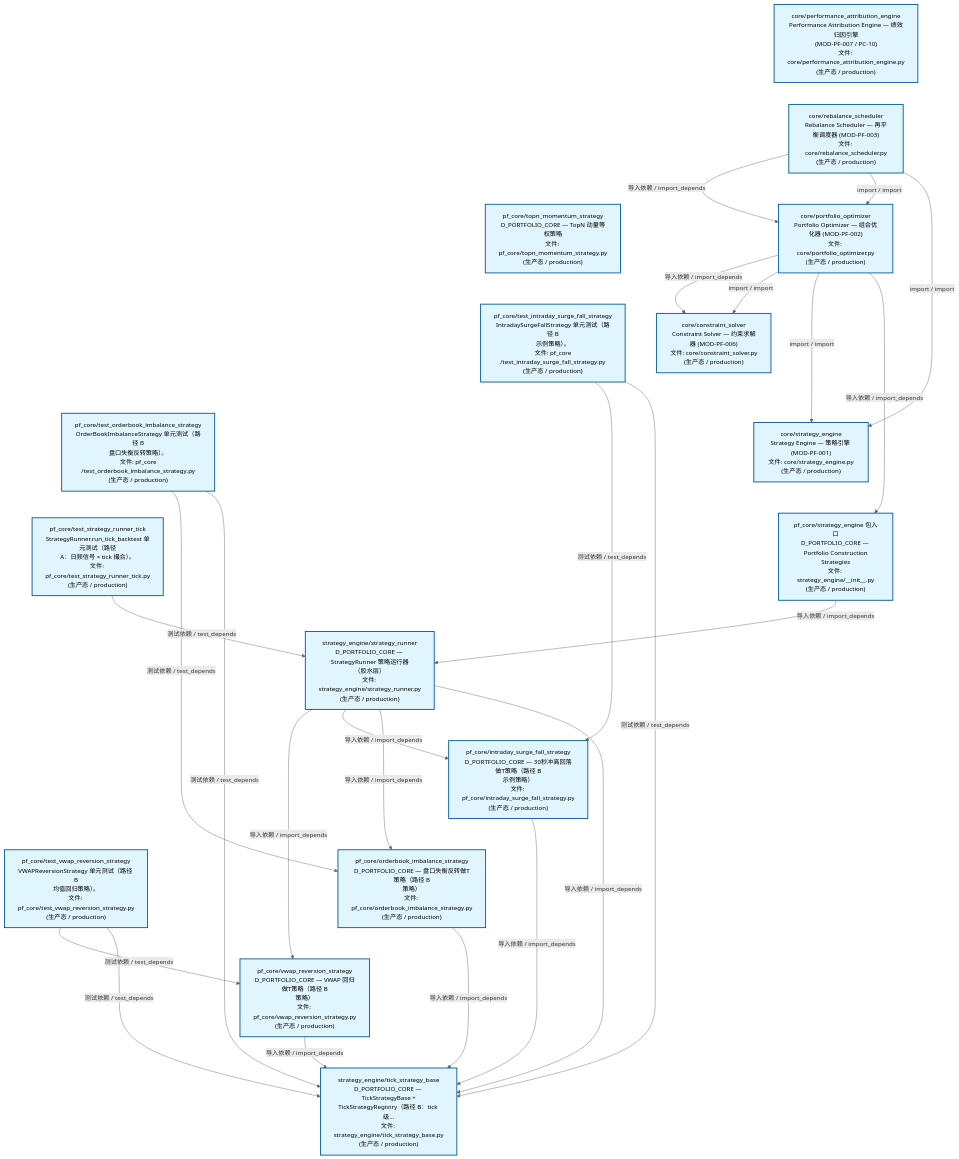
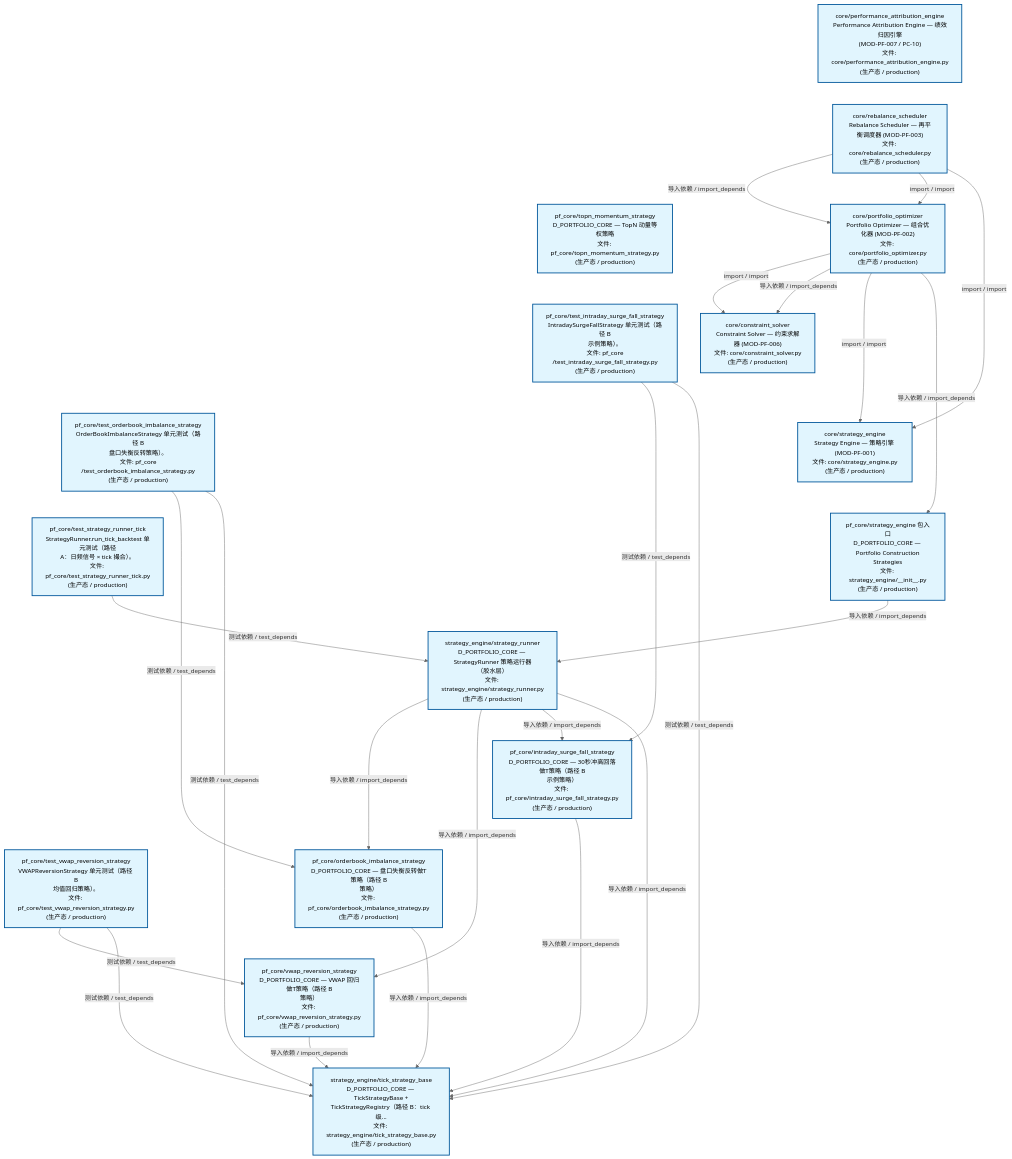
Before and after one commit to xuanFelixVan/ZephyrAlpha: the second of 3 diagrams in docs/02_enterprise_architecture/02_domain_architecture_docs/63_d_pf_core.md, drawn with Mermaid. The commit also changed other lines of this file and 41 other files, not shown here.

````diff
--- a/docs/02_enterprise_architecture/02_domain_architecture_docs/63_d_pf_core.md
+++ b/docs/02_enterprise_architecture/02_domain_architecture_docs/63_d_pf_core.md
@@ -138,57 +138,57 @@
 ```mermaid
 %%{init: {'theme': 'base', 'themeVariables': {'primaryColor': '#eaeaea', 'primaryTextColor': '#333333', 'primaryBorderColor': '#666666', 'lineColor': '#666666', 'secondaryColor': '#eaeaea', 'tertiaryColor': '#eaeaea', 'fontSize': '14px'}}}%%
 flowchart TD
     src_zephyr_pf_core_core_performance_attribution_engine_py["core/performance_attribution_engine<br/>Performance Attribution Engine — 绩效归因引擎<br/>(MOD-PF-007 / PC-10)<br/>文件: core/performance_attribution_engine.py<br/>(生产态 / production)"]
     src_zephyr_pf_core_core_rebalance_scheduler_py["core/rebalance_scheduler<br/>Rebalance Scheduler — 再平衡调度器 (MOD-PF-003)<br/>文件: core/rebalance_scheduler.py<br/>(生产态 / production)"]
     src_zephyr_pf_core_topn_momentum_strategy_py["pf_core/topn_momentum_strategy<br/>D_PORTFOLIO_CORE — TopN 动量等权策略<br/>文件: pf_core/topn_momentum_strategy.py<br/>(生产态 / production)"]
     tests_pf_core_test_intraday_surge_fall_strategy_py["pf_core/test_intraday_surge_fall_strategy<br/>IntradaySurgeFallStrategy 单元测试（路径 B<br/>示例策略）。<br/>文件: pf_core<br/>/test_intraday_surge_fall_strategy.py<br/>(生产态 / production)"]
     tests_pf_core_test_orderbook_imbalance_strategy_py["pf_core/test_orderbook_imbalance_strategy<br/>OrderBookImbalanceStrategy 单元测试（路径 B<br/>盘口失衡反转策略）。<br/>文件: pf_core<br/>/test_orderbook_imbalance_strategy.py<br/>(生产态 / production)"]
     tests_pf_core_test_strategy_runner_tick_py["pf_core/test_strategy_runner_tick<br/>StrategyRunner.run_tick_backtest 单元测试（路径<br/>A：日频信号 × tick 撮合）。<br/>文件: pf_core/test_strategy_runner_tick.py<br/>(生产态 / production)"]
     tests_pf_core_test_vwap_reversion_strategy_py["pf_core/test_vwap_reversion_strategy<br/>VWAPReversionStrategy 单元测试（路径 B<br/>均值回归策略）。<br/>文件: pf_core/test_vwap_reversion_strategy.py<br/>(生产态 / production)"]
     src_zephyr_pf_core_core_performance_attribution_engine_py ~~~ src_zephyr_pf_core_core_rebalance_scheduler_py
     src_zephyr_pf_core_core_rebalance_scheduler_py ~~~ src_zephyr_pf_core_topn_momentum_strategy_py
     src_zephyr_pf_core_topn_momentum_strategy_py ~~~ tests_pf_core_test_intraday_surge_fall_strategy_py
     tests_pf_core_test_intraday_surge_fall_strategy_py ~~~ tests_pf_core_test_orderbook_imbalance_strategy_py
     tests_pf_core_test_orderbook_imbalance_strategy_py ~~~ tests_pf_core_test_strategy_runner_tick_py
     tests_pf_core_test_strategy_runner_tick_py ~~~ tests_pf_core_test_vwap_reversion_strategy_py
     src_zephyr_pf_core_core_portfolio_optimizer_py["core/portfolio_optimizer<br/>Portfolio Optimizer — 组合优化器 (MOD-PF-002)<br/>文件: core/portfolio_optimizer.py<br/>(生产态 / production)"]
     src_zephyr_pf_core_core_constraint_solver_py["core/constraint_solver<br/>Constraint Solver — 约束求解器 (MOD-PF-006)<br/>文件: core/constraint_solver.py<br/>(生产态 / production)"]
     src_zephyr_pf_core_core_strategy_engine_py["core/strategy_engine<br/>Strategy Engine — 策略引擎 (MOD-PF-001)<br/>文件: core/strategy_engine.py<br/>(生产态 / production)"]
     src_zephyr_pf_core_strategy_engine_init_py["pf_core/strategy_engine 包入口<br/>D_PORTFOLIO_CORE — Portfolio Construction<br/>Strategies<br/>文件: strategy_engine/__init__.py<br/>(生产态 / production)"]
     src_zephyr_pf_core_core_constraint_solver_py ~~~ src_zephyr_pf_core_core_strategy_engine_py
     src_zephyr_pf_core_core_strategy_engine_py ~~~ src_zephyr_pf_core_strategy_engine_init_py
     src_zephyr_pf_core_strategy_engine_strategy_runner_py["strategy_engine/strategy_runner<br/>D_PORTFOLIO_CORE — StrategyRunner 策略运行器<br/>（胶水层）<br/>文件: strategy_engine/strategy_runner.py<br/>(生产态 / production)"]
     src_zephyr_pf_core_intraday_surge_fall_strategy_py["pf_core/intraday_surge_fall_strategy<br/>D_PORTFOLIO_CORE — 30秒冲高回落做T策略（路径 B<br/>示例策略）<br/>文件: pf_core/intraday_surge_fall_strategy.py<br/>(生产态 / production)"]
     src_zephyr_pf_core_orderbook_imbalance_strategy_py["pf_core/orderbook_imbalance_strategy<br/>D_PORTFOLIO_CORE — 盘口失衡反转做T策略（路径 B<br/>策略）<br/>文件: pf_core/orderbook_imbalance_strategy.py<br/>(生产态 / production)"]
     src_zephyr_pf_core_vwap_reversion_strategy_py["pf_core/vwap_reversion_strategy<br/>D_PORTFOLIO_CORE — VWAP 回归做T策略（路径 B<br/>策略）<br/>文件: pf_core/vwap_reversion_strategy.py<br/>(生产态 / production)"]
     src_zephyr_pf_core_intraday_surge_fall_strategy_py ~~~ src_zephyr_pf_core_orderbook_imbalance_strategy_py
     src_zephyr_pf_core_orderbook_imbalance_strategy_py ~~~ src_zephyr_pf_core_vwap_reversion_strategy_py
     src_zephyr_pf_core_strategy_engine_tick_strategy_base_py["strategy_engine/tick_strategy_base<br/>D_PORTFOLIO_CORE — TickStrategyBase +<br/>TickStrategyRegistry（路径 B：tick 级...<br/>文件: strategy_engine/tick_strategy_base.py<br/>(生产态 / production)"]
+    src_zephyr_pf_core_orderbook_imbalance_strategy_py -->|导入依赖 / import_depends| src_zephyr_pf_core_strategy_engine_tick_strategy_base_py
     src_zephyr_pf_core_vwap_reversion_strategy_py -->|导入依赖 / import_depends| src_zephyr_pf_core_strategy_engine_tick_strategy_base_py
     src_zephyr_pf_core_intraday_surge_fall_strategy_py -->|导入依赖 / import_depends| src_zephyr_pf_core_strategy_engine_tick_strategy_base_py
-    src_zephyr_pf_core_orderbook_imbalance_strategy_py -->|导入依赖 / import_depends| src_zephyr_pf_core_strategy_engine_tick_strategy_base_py
     src_zephyr_pf_core_core_rebalance_scheduler_py -->|导入依赖 / import_depends| src_zephyr_pf_core_core_portfolio_optimizer_py
     src_zephyr_pf_core_core_rebalance_scheduler_py -->|import / import| src_zephyr_pf_core_core_portfolio_optimizer_py
     src_zephyr_pf_core_core_rebalance_scheduler_py -->|import / import| src_zephyr_pf_core_core_strategy_engine_py
+    src_zephyr_pf_core_core_portfolio_optimizer_py -->|import / import| src_zephyr_pf_core_core_constraint_solver_py
     src_zephyr_pf_core_core_portfolio_optimizer_py -->|导入依赖 / import_depends| src_zephyr_pf_core_core_constraint_solver_py
-    src_zephyr_pf_core_core_portfolio_optimizer_py -->|import / import| src_zephyr_pf_core_core_constraint_solver_py
     src_zephyr_pf_core_core_portfolio_optimizer_py -->|import / import| src_zephyr_pf_core_core_strategy_engine_py
     src_zephyr_pf_core_core_portfolio_optimizer_py -->|导入依赖 / import_depends| src_zephyr_pf_core_strategy_engine_init_py
     src_zephyr_pf_core_strategy_engine_init_py -->|导入依赖 / import_depends| src_zephyr_pf_core_strategy_engine_strategy_runner_py
+    src_zephyr_pf_core_strategy_engine_strategy_runner_py -->|导入依赖 / import_depends| src_zephyr_pf_core_orderbook_imbalance_strategy_py
     src_zephyr_pf_core_strategy_engine_strategy_runner_py -->|导入依赖 / import_depends| src_zephyr_pf_core_vwap_reversion_strategy_py
     src_zephyr_pf_core_strategy_engine_strategy_runner_py -->|导入依赖 / import_depends| src_zephyr_pf_core_intraday_surge_fall_strategy_py
-    src_zephyr_pf_core_strategy_engine_strategy_runner_py -->|导入依赖 / import_depends| src_zephyr_pf_core_orderbook_imbalance_strategy_py
     src_zephyr_pf_core_strategy_engine_strategy_runner_py -->|导入依赖 / import_depends| src_zephyr_pf_core_strategy_engine_tick_strategy_base_py
+    tests_pf_core_test_intraday_surge_fall_strategy_py -->|测试依赖 / test_depends| src_zephyr_pf_core_intraday_surge_fall_strategy_py
+    tests_pf_core_test_intraday_surge_fall_strategy_py -->|测试依赖 / test_depends| src_zephyr_pf_core_strategy_engine_tick_strategy_base_py
     tests_pf_core_test_orderbook_imbalance_strategy_py -->|测试依赖 / test_depends| src_zephyr_pf_core_orderbook_imbalance_strategy_py
     tests_pf_core_test_orderbook_imbalance_strategy_py -->|测试依赖 / test_depends| src_zephyr_pf_core_strategy_engine_tick_strategy_base_py
-    tests_pf_core_test_intraday_surge_fall_strategy_py -->|测试依赖 / test_depends| src_zephyr_pf_core_intraday_surge_fall_strategy_py
-    tests_pf_core_test_intraday_surge_fall_strategy_py -->|测试依赖 / test_depends| src_zephyr_pf_core_strategy_engine_tick_strategy_base_py
     tests_pf_core_test_strategy_runner_tick_py -->|测试依赖 / test_depends| src_zephyr_pf_core_strategy_engine_strategy_runner_py
     tests_pf_core_test_vwap_reversion_strategy_py -->|测试依赖 / test_depends| src_zephyr_pf_core_vwap_reversion_strategy_py
     tests_pf_core_test_vwap_reversion_strategy_py -->|测试依赖 / test_depends| src_zephyr_pf_core_strategy_engine_tick_strategy_base_py
     classDef production fill:#e1f5fe,stroke:#01579b,stroke-width:2px,color:#000
     classDef design fill:#fff3e0,stroke:#e65100,stroke-width:2px,color:#000,stroke-dasharray: 5 5
     classDef external_prod fill:#e8f4fd,stroke:#0277bd,stroke-width:1px,color:#000
     classDef external_design fill:#fff8e7,stroke:#ef6c00,stroke-width:1px,color:#000,stroke-dasharray: 5 5
     class src_zephyr_pf_core_core_constraint_solver_py,src_zephyr_pf_core_core_performance_attribution_engine_py,src_zephyr_pf_core_core_portfolio_optimizer_py,src_zephyr_pf_core_core_rebalance_scheduler_py,src_zephyr_pf_core_core_strategy_engine_py,src_zephyr_pf_core_intraday_surge_fall_strategy_py,src_zephyr_pf_core_orderbook_imbalance_strategy_py,src_zephyr_pf_core_strategy_engine_init_py,src_zephyr_pf_core_strategy_engine_strategy_runner_py,src_zephyr_pf_core_strategy_engine_tick_strategy_base_py,src_zephyr_pf_core_topn_momentum_strategy_py,src_zephyr_pf_core_vwap_reversion_strategy_py,tests_pf_core_test_intraday_surge_fall_strategy_py,tests_pf_core_test_orderbook_imbalance_strategy_py,tests_pf_core_test_strategy_runner_tick_py,tests_pf_core_test_vwap_reversion_strategy_py production
 ```
````
